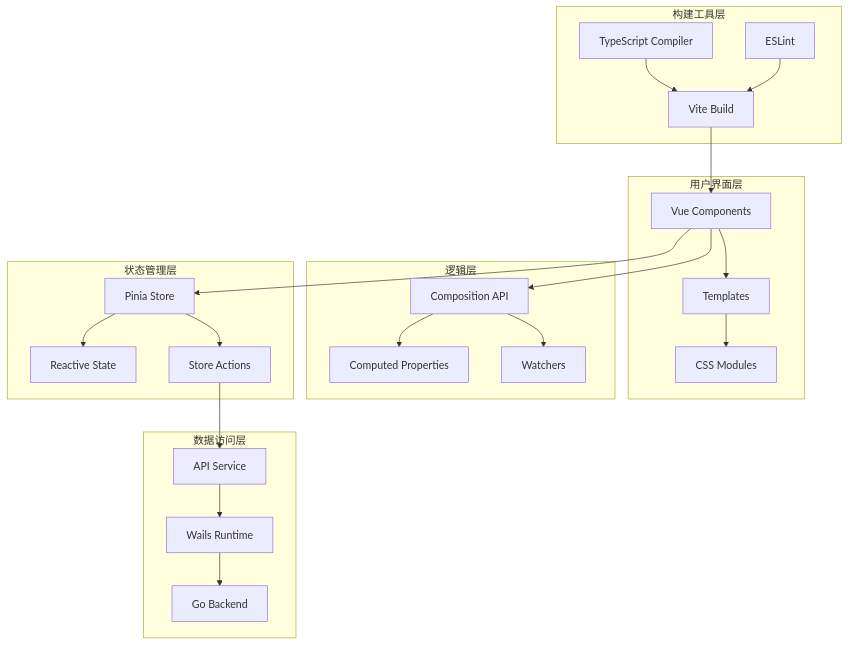
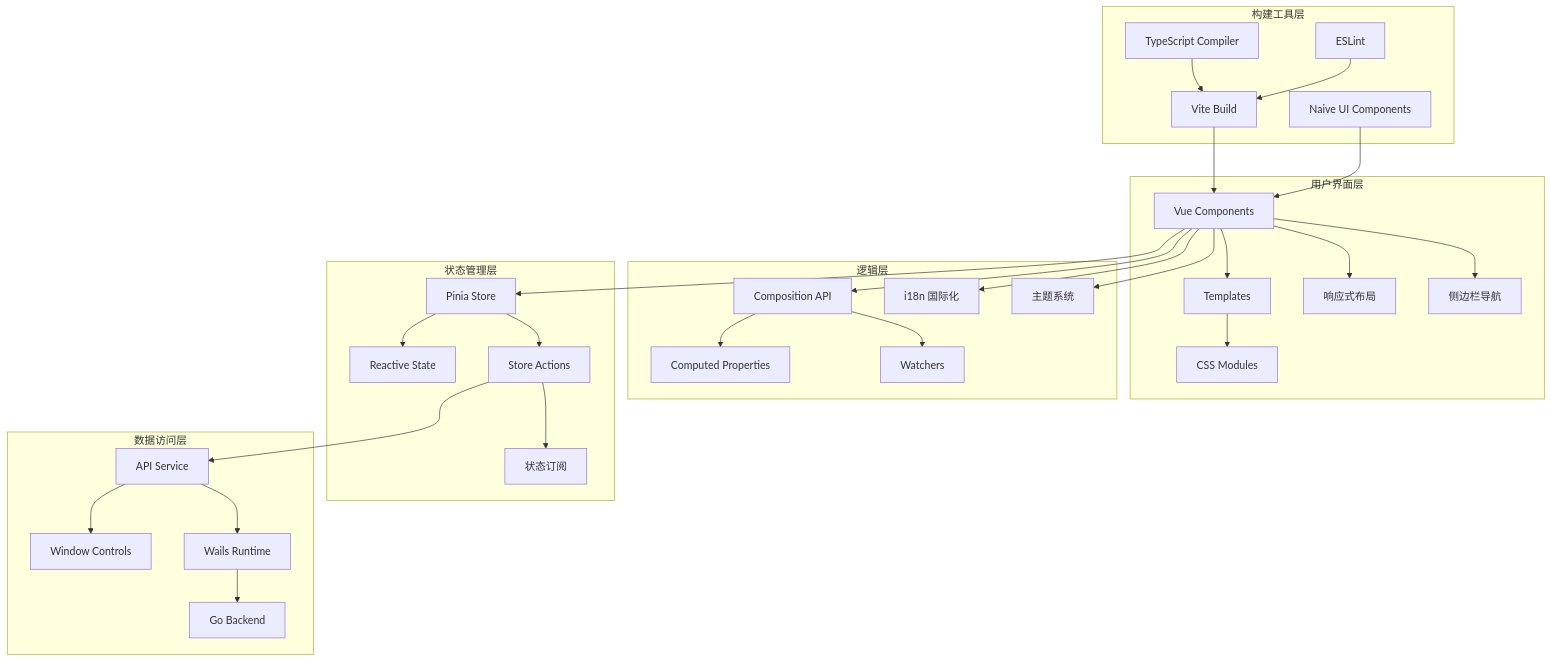
The third of 13 diagrams in .qoder/repowiki/zh/content/架构设计/桌面端架构设计/组件系统设计/组件系统设计.md (itsharex/NexTunnel), drawn with Mermaid before and after one commit. The commit also changed other lines of this file and 41 other files, not shown here.

````diff
--- a/.qoder/repowiki/zh/content/架构设计/桌面端架构设计/组件系统设计/组件系统设计.md
+++ b/.qoder/repowiki/zh/content/架构设计/桌面端架构设计/组件系统设计/组件系统设计.md
@@ -148,42 +196,56 @@
 ```mermaid
 graph TB
 subgraph "用户界面层"
 UI[Vue Components]
 Templates[Templates]
 Styles[CSS Modules]
+Layout[响应式布局]
+Navigation[侧边栏导航]
 end
 subgraph "逻辑层"
 Composition[Composition API]
 Computed[Computed Properties]
 Watchers[Watchers]
+I18n[i18n 国际化]
+Theme[主题系统]
 end
 subgraph "状态管理层"
 PiniaStore[Pinia Store]
 State[Reactive State]
 Actions[Store Actions]
+Subscriptions[状态订阅]
 end
 subgraph "数据访问层"
 API[API Service]
+Window[Window Controls]
+Backend[Go Backend]
 Wails[Wails Runtime]
-Backend[Go Backend]
 end
 subgraph "构建工具层"
 Vite[Vite Build]
 TypeScript[TypeScript Compiler]
 ESLint[ESLint]
+NaiveUI[Naive UI Components]
 end
 UI --> Templates
 Templates --> Styles
+UI --> Layout
+UI --> Navigation
 UI --> Composition
 Composition --> Computed
 Composition --> Watchers
+UI --> I18n
+UI --> Theme
 UI --> PiniaStore
 PiniaStore --> State
 PiniaStore --> Actions
+Actions --> Subscriptions
 Actions --> API
+API --> Window
 API --> Wails
 Wails --> Backend
 Vite --> UI
 TypeScript --> Vite
 ESLint --> Vite
+NaiveUI --> UI
 ```
````
